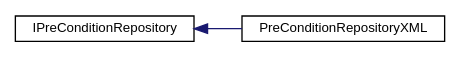
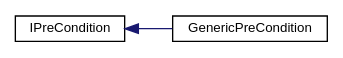
The diagram in cinquest/documentation/inherit_graph_7.dot (pet-informatica/pet-informatica.github.io), drawn with Graphviz before and after one commit. The commit also changed 2401 other files, not shown here.

```diff
--- a/cinquest/documentation/inherit_graph_7.dot
+++ b/cinquest/documentation/inherit_graph_7.dot
@@ -1,9 +1,9 @@
 digraph "Graphical Class Hierarchy"
 {
   edge [fontname="Helvetica",fontsize="10",labelfontname="Helvetica",labelfontsize="10"];
   node [fontname="Helvetica",fontsize="10",shape=record];
   rankdir="LR";
-  Node1 [label="IPreConditionRepository",height=0.2,width=0.4,color="black", fillcolor="white", style="filled",URL="$interface_i_pre_condition_repository.html",tooltip="Developed by: Peao (rngs); Generic definition of a PreCondition Repository. "];
-  Node1 -> Node2 [dir="back",color="midnightblue",fontsize="10",style="solid",fontname="Helvetica"];
-  Node2 [label="PreConditionRepositoryXML",height=0.2,width=0.4,color="black", fillcolor="white", style="filled",URL="$class_pre_condition_repository_x_m_l.html",tooltip="Developed by: Peao (rngs); Pre condition repository XM. "];
+  Node0 [label="IPreCondition",height=0.2,width=0.4,color="black", fillcolor="white", style="filled",URL="$interface_i_pre_condition.html",tooltip="Developed by: Peao (rngs); Gerenic definiton of a PreCondition; "];
+  Node0 -> Node1 [dir="back",color="midnightblue",fontsize="10",style="solid",fontname="Helvetica"];
+  Node1 [label="GenericPreCondition",height=0.2,width=0.4,color="black", fillcolor="white", style="filled",URL="$class_generic_pre_condition.html",tooltip="Developed by: Peao (rngs); Generic precondition. "];
 }
```
